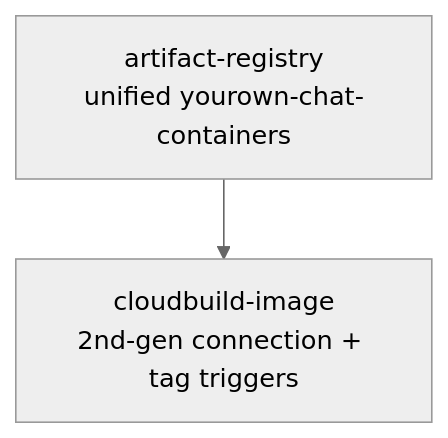
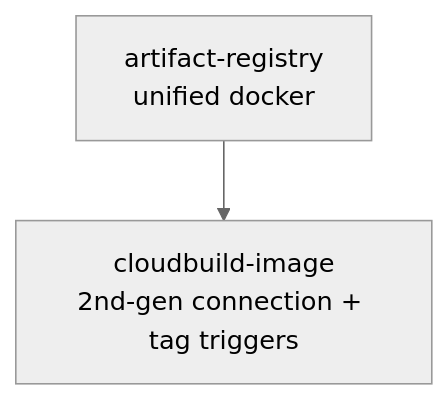
One commit to pilprod/yourown-chat changed the second of 2 diagrams in README.md. Above: the diagram before and after it, drawn with Mermaid (neutral theme). The commit also changed other lines of this file and 14 other files, not shown here.

````diff
--- a/README.md
+++ b/README.md
@@ -120,4 +120,4 @@
 ```mermaid
 graph TD
-  AR[artifact-registry<br/>unified yourown-chat-containers] --> IMG[cloudbuild-image<br/>2nd-gen connection + tag triggers]
+  AR[artifact-registry<br/>unified docker] --> IMG[cloudbuild-image<br/>2nd-gen connection + tag triggers]
 ```
````
